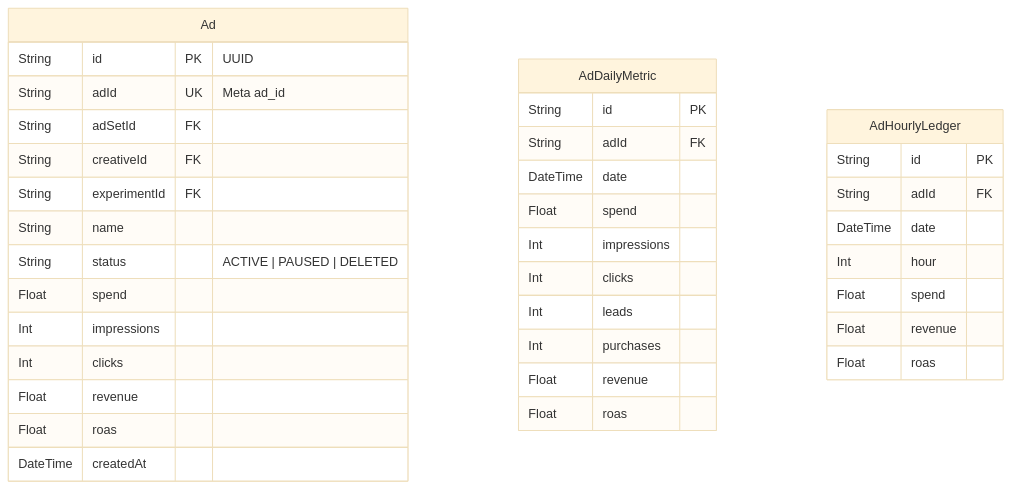
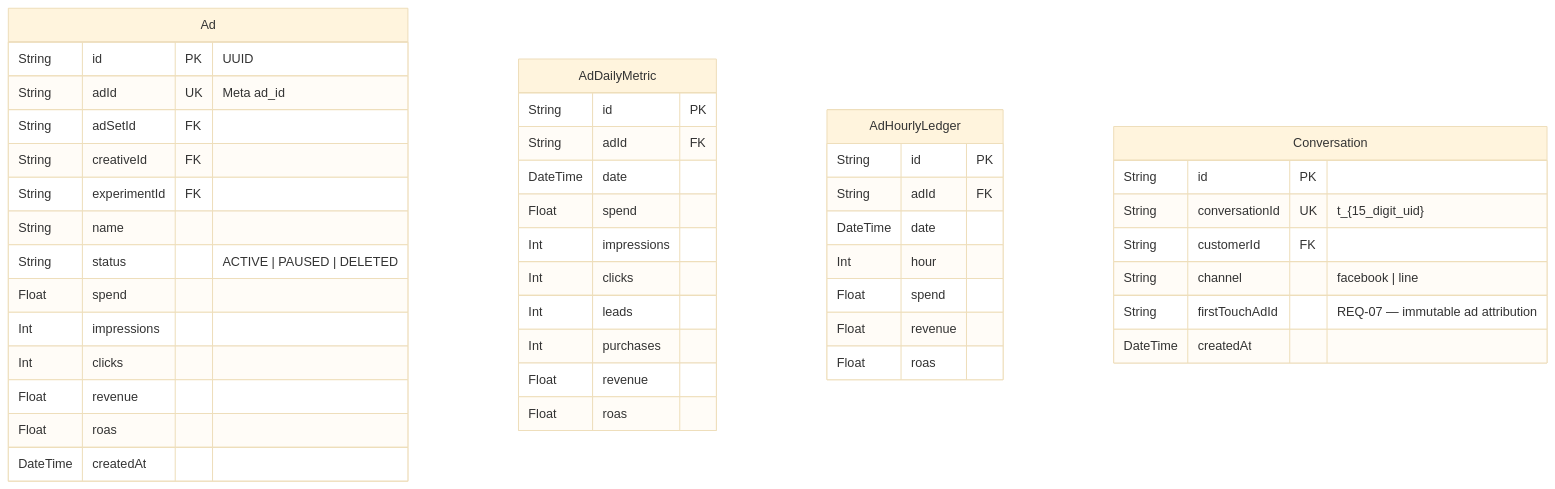
The second of 5 diagrams in docs/architecture/database-erd/full-schema.md (Freshair129/crmapp), drawn with Mermaid (base theme) before and after one commit. The commit also changed other lines of this file and 5 other files, not shown here.

First line of the commit message:
docs: sync all architecture docs to v1.3.0

````diff
--- a/docs/architecture/database-erd/full-schema.md
+++ b/docs/architecture/database-erd/full-schema.md
@@ -64,41 +66,50 @@
 ```mermaid
 erDiagram
     Ad {
         String   id             PK  "UUID"
         String   adId           UK  "Meta ad_id"
         String   adSetId        FK
         String   creativeId     FK
         String   experimentId   FK
         String   name
         String   status             "ACTIVE | PAUSED | DELETED"
         Float    spend
         Int      impressions
         Int      clicks
         Float    revenue
         Float    roas
         DateTime createdAt
     }
 
     AdDailyMetric {
         String   id          PK
         String   adId        FK
         DateTime date
         Float    spend
         Int      impressions
         Int      clicks
         Int      leads
         Int      purchases
         Float    revenue
         Float    roas
     }
 
     AdHourlyLedger {
         String   id    PK
         String   adId  FK
         DateTime date
         Int      hour
         Float    spend
         Float    revenue
         Float    roas
     }
+
+    Conversation {
+        String   id              PK
+        String   conversationId  UK  "t_{15_digit_uid}"
+        String   customerId      FK
+        String   channel             "facebook | line"
+        String   firstTouchAdId      "REQ-07 — immutable ad attribution"
+        DateTime createdAt
+    }
 ```
````
